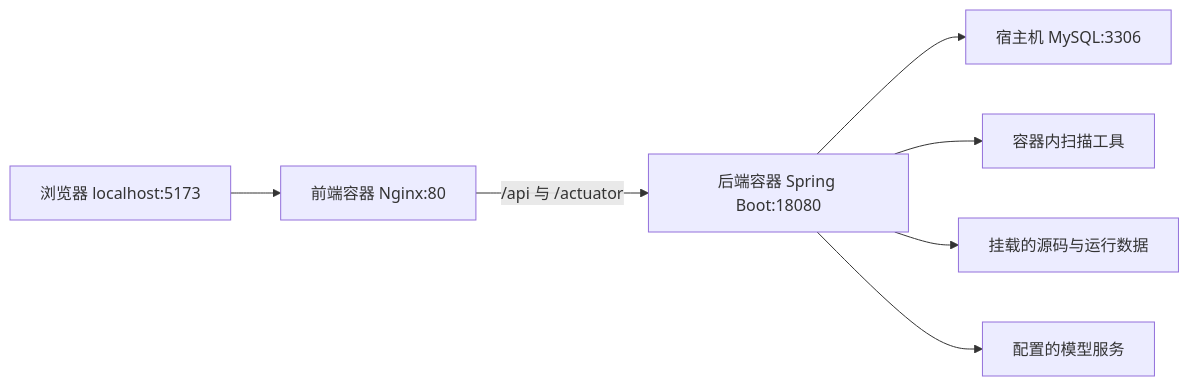
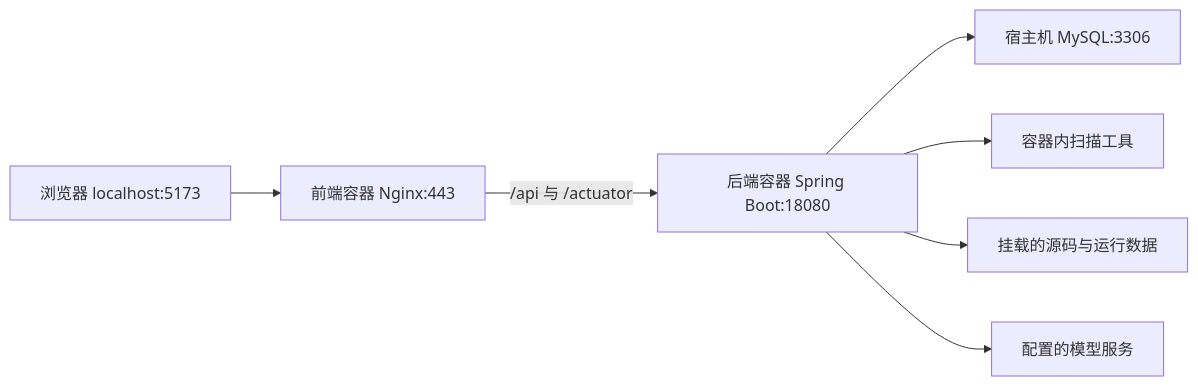
The second of 2 diagrams in README.md (acloudyh/CodeSentry), drawn with Mermaid before and after one commit. The commit also changed other lines of this file and 5 other files, not shown here.

````diff
--- a/README.md
+++ b/README.md
@@ -207,9 +207,9 @@
 ```mermaid
 flowchart LR
-    A[浏览器 localhost:5173] --> B[前端容器 Nginx:80]
+    A[浏览器 localhost:5173] --> B[前端容器 Nginx:443]
     B -->|/api 与 /actuator| C[后端容器 Spring Boot:18080]
     C --> D[宿主机 MySQL:3306]
     C --> E[容器内扫描工具]
     C --> F[挂载的源码与运行数据]
     C --> G[配置的模型服务]
 ```
````
